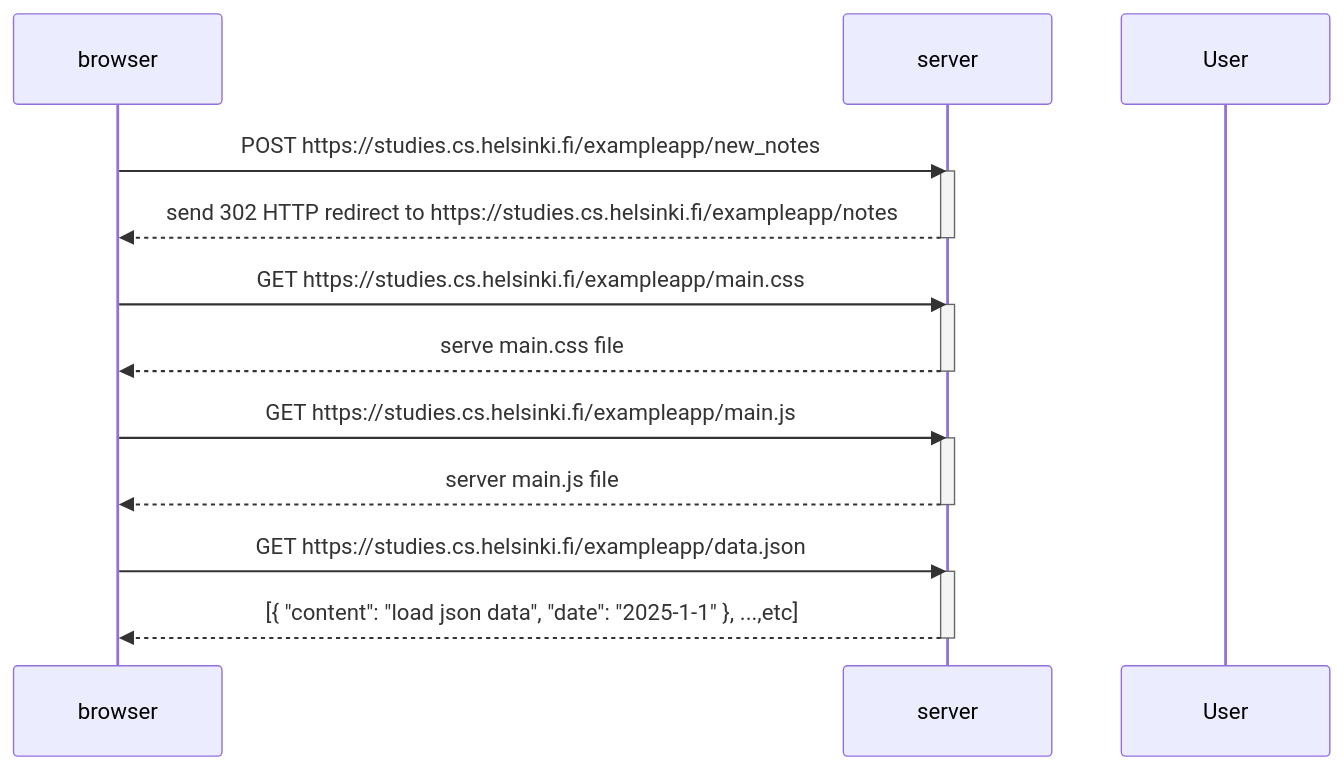
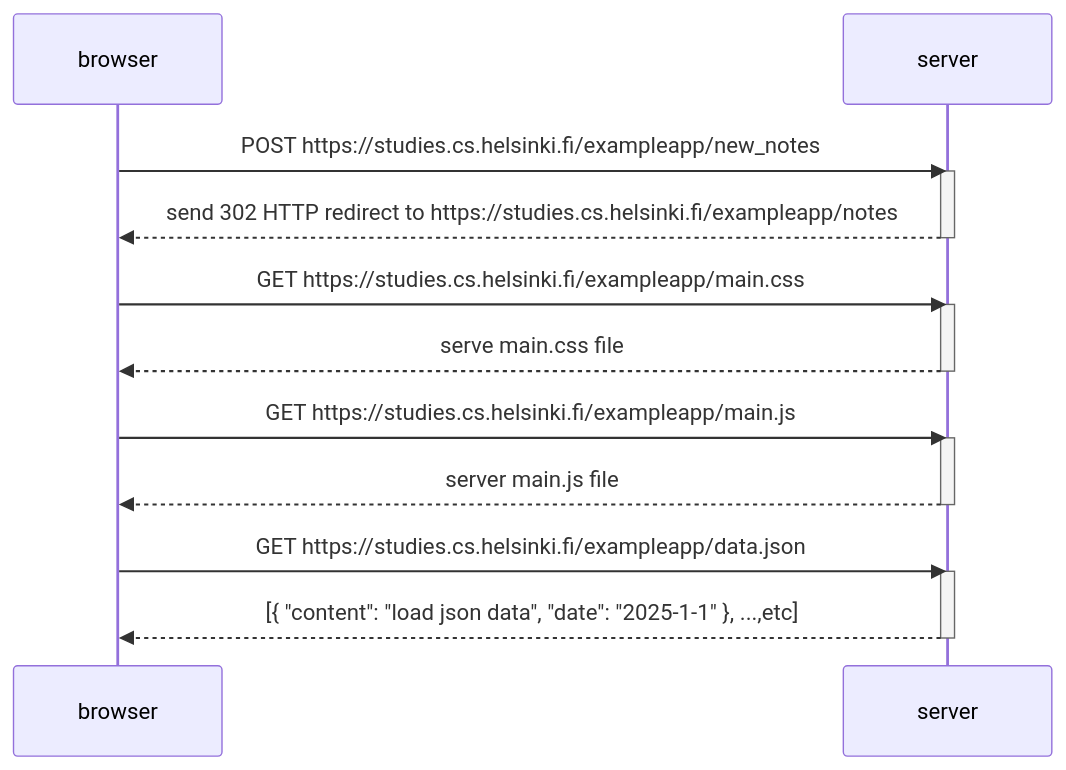
One commit to ganeshtadvi/fullstackopen changed the diagram in part0/0.4.md. Above: the diagram before and after it, drawn with Mermaid.

Commit message:
Update sequence diagram by removing 'User' participant
Removed 'User' participant from the sequence diagram.

````diff
--- a/part0/0.4.md
+++ b/part0/0.4.md
@@ -2,35 +2,35 @@
 ```mermaid
 sequenceDiagram
   participant browser
   participant server
-  participant User
+
   
   # User to browser:  user write note then click submit 'save' button
   # then,
   
   browser->>server: POST https://studies.cs.helsinki.fi/exampleapp/new_notes
   activate server
   server-->>browser: send 302 HTTP redirect  to https://studies.cs.helsinki.fi/exampleapp/notes
   deactivate server
 
   browser->>server: GET https://studies.cs.helsinki.fi/exampleapp/main.css
   activate server
   server-->>browser: serve main.css file
   deactivate server
 
   browser->>server: GET https://studies.cs.helsinki.fi/exampleapp/main.js
   activate server
   server-->>browser: server main.js file
   deactivate server
 
        
        #note: here browser executes main.js file, also request for json data(from main.json).
 
   browser->>server: GET https://studies.cs.helsinki.fi/exampleapp/data.json
   activate server
   server-->>browser: [{ "content": "load json data", "date": "2025-1-1" }, ...,etc]
   deactivate server
 
     #Note right of browser: The browser executes the callback function that renders the notes
 
 ```
````
